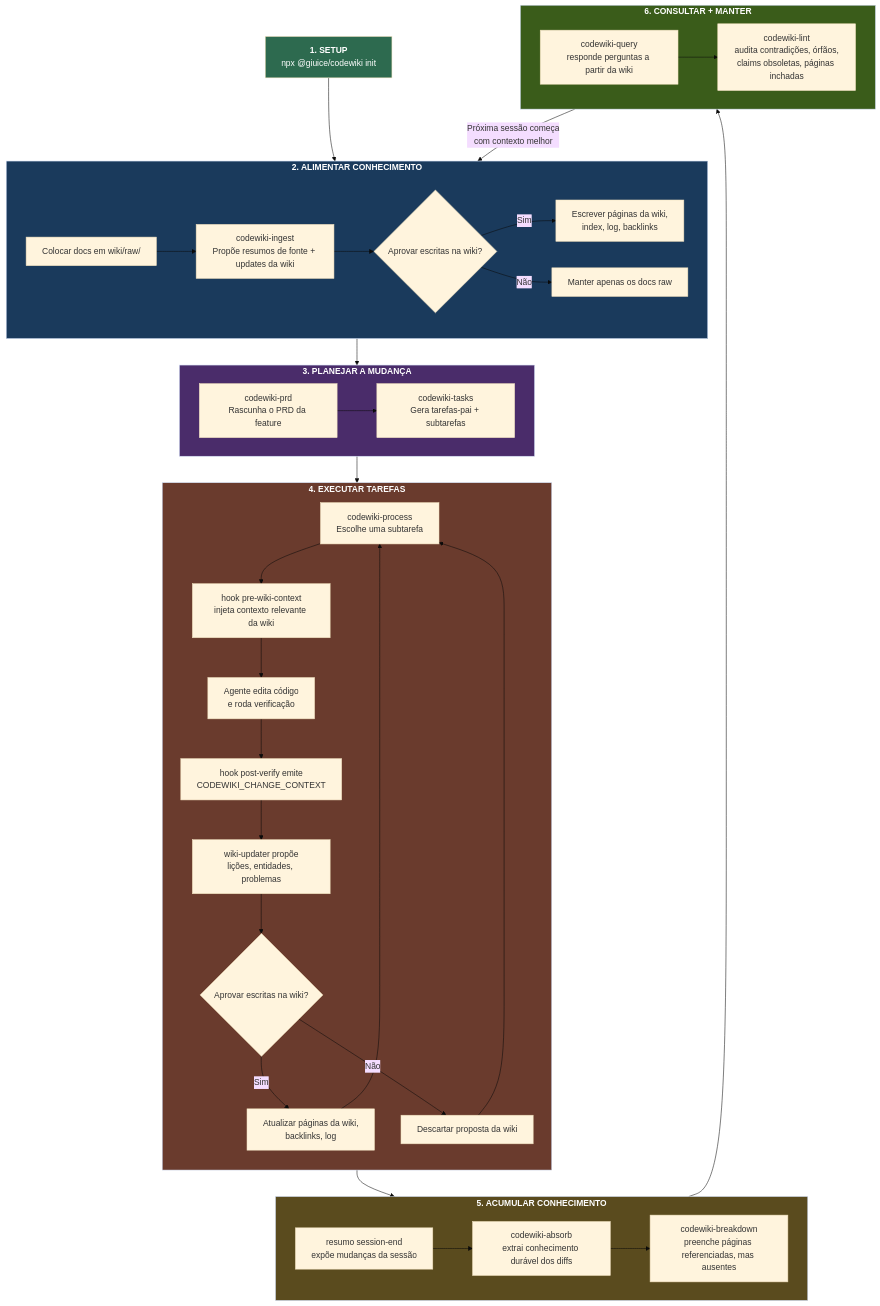
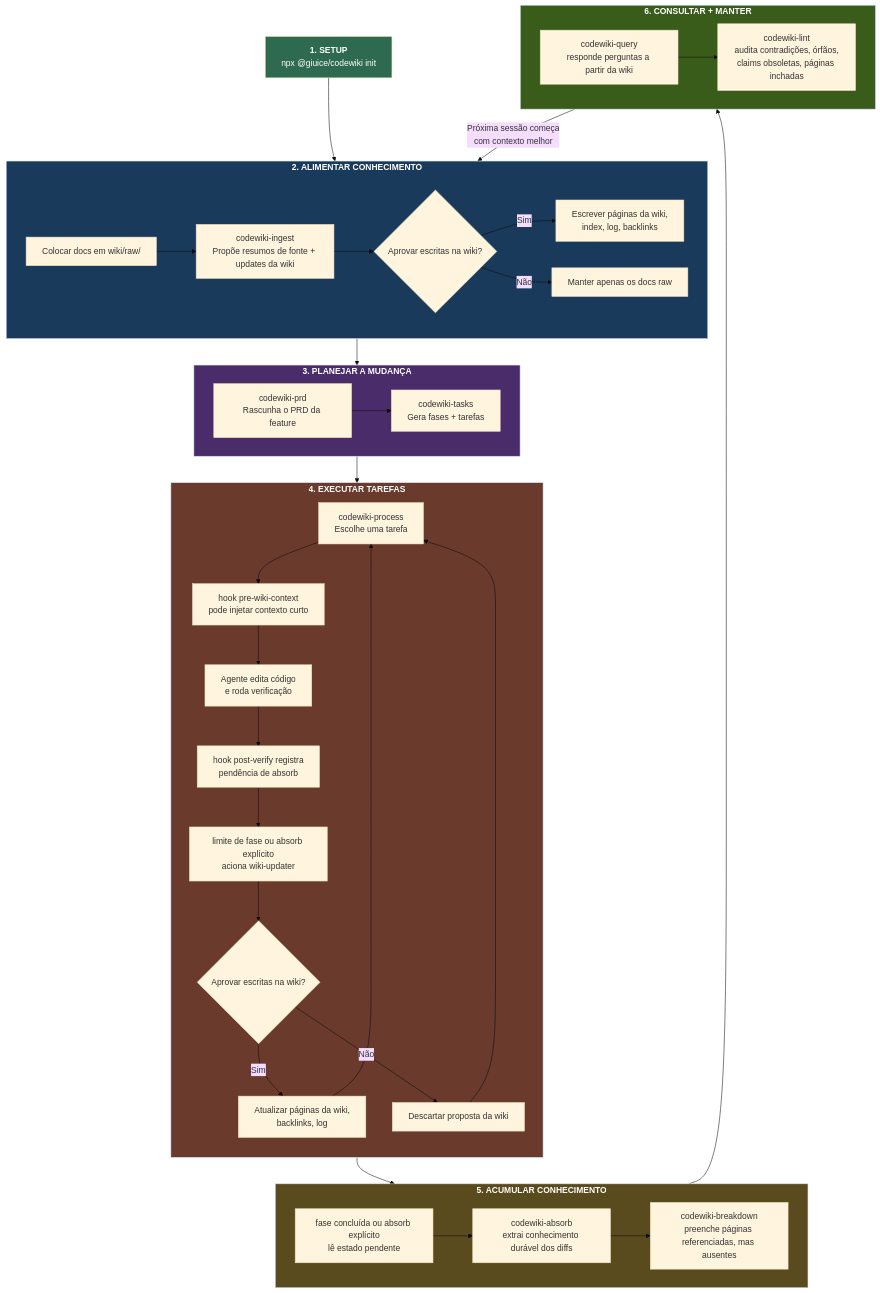
The first of 2 diagrams in README.pt-BR.md (giuice/CodeWiki), drawn with Mermaid (base theme) before and after one commit. The commit also changed other lines of this file and 49 other files, not shown here.

First line of the commit message:
Feature/tasks2phases (#6)

````diff
--- a/README.pt-BR.md
+++ b/README.pt-BR.md
@@ -27,58 +27,58 @@
 ```mermaid
 flowchart TD
   Init["<b>1. SETUP</b><br/>npx @giuice/codewiki init"] --> Feed
 
   subgraph Feed["<b>2. ALIMENTAR CONHECIMENTO</b>"]
     direction LR
     F1["Colocar docs em wiki/raw/"] --> F2["codewiki-ingest<br/>Propõe resumos de fonte + updates da wiki"]
     F2 --> F3{"Aprovar escritas na wiki?"}
     F3 -- "Sim" --> F4["Escrever páginas da wiki,<br/>index, log, backlinks"]
     F3 -- "Não" --> F5["Manter apenas os docs raw"]
   end
 
   Feed --> Plan
 
   subgraph Plan["<b>3. PLANEJAR A MUDANÇA</b>"]
     direction LR
-    P1["codewiki-prd<br/>Rascunha o PRD da feature"] --> P2["codewiki-tasks<br/>Gera tarefas-pai + subtarefas"]
+    P1["codewiki-prd<br/>Rascunha o PRD da feature"] --> P2["codewiki-tasks<br/>Gera fases + tarefas"]
   end
 
   Plan --> Build
 
   subgraph Build["<b>4. EXECUTAR TAREFAS</b>"]
     direction TB
-    B1["codewiki-process<br/>Escolhe uma subtarefa"] --> B2["hook pre-wiki-context<br/>injeta contexto relevante da wiki"]
+    B1["codewiki-process<br/>Escolhe uma tarefa"] --> B2["hook pre-wiki-context<br/>pode injetar contexto curto"]
     B2 --> B3["Agente edita código<br/>e roda verificação"]
-    B3 --> B4["hook post-verify emite<br/>CODEWIKI_CHANGE_CONTEXT"]
-    B4 --> B5["wiki-updater propõe<br/>lições, entidades, problemas"]
+    B3 --> B4["hook post-verify registra<br/>pendência de absorb"]
+    B4 --> B5["limite de fase ou absorb explícito<br/>aciona wiki-updater"]
     B5 --> B6{"Aprovar escritas na wiki?"}
     B6 -- "Sim" --> B7["Atualizar páginas da wiki,<br/>backlinks, log"]
     B6 -- "Não" --> B8["Descartar proposta da wiki"]
     B7 --> B1
     B8 --> B1
   end
 
   Build --> Compound
 
   subgraph Compound["<b>5. ACUMULAR CONHECIMENTO</b>"]
     direction LR
-    C1["resumo session-end<br/>expõe mudanças da sessão"] --> C2["codewiki-absorb<br/>extrai conhecimento durável dos diffs"]
+    C1["fase concluída ou absorb explícito<br/>lê estado pendente"] --> C2["codewiki-absorb<br/>extrai conhecimento durável dos diffs"]
     C2 --> C3["codewiki-breakdown<br/>preenche páginas referenciadas, mas ausentes"]
   end
 
   Compound --> Maintain
 
   subgraph Maintain["<b>6. CONSULTAR + MANTER</b>"]
     direction LR
     M1["codewiki-query<br/>responde perguntas a partir da wiki"] --> M2["codewiki-lint<br/>audita contradições, órfãos,<br/>claims obsoletas, páginas inchadas"]
   end
 
   Maintain -->|"Próxima sessão começa<br/>com contexto melhor"| Feed
 
   style Init fill:#2d6a4f,color:#fff
   style Feed fill:#1a3a5c,color:#fff
   style Plan fill:#4a2c6a,color:#fff
   style Build fill:#6a3b2d,color:#fff
   style Compound fill:#5a4b1e,color:#fff
   style Maintain fill:#3a5c1a,color:#fff
 ```
````
